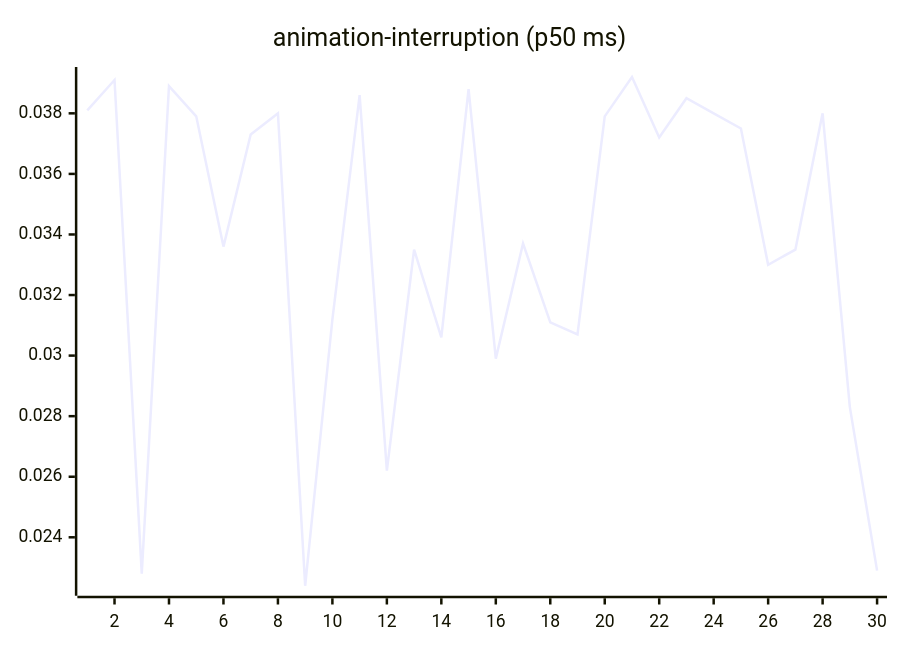
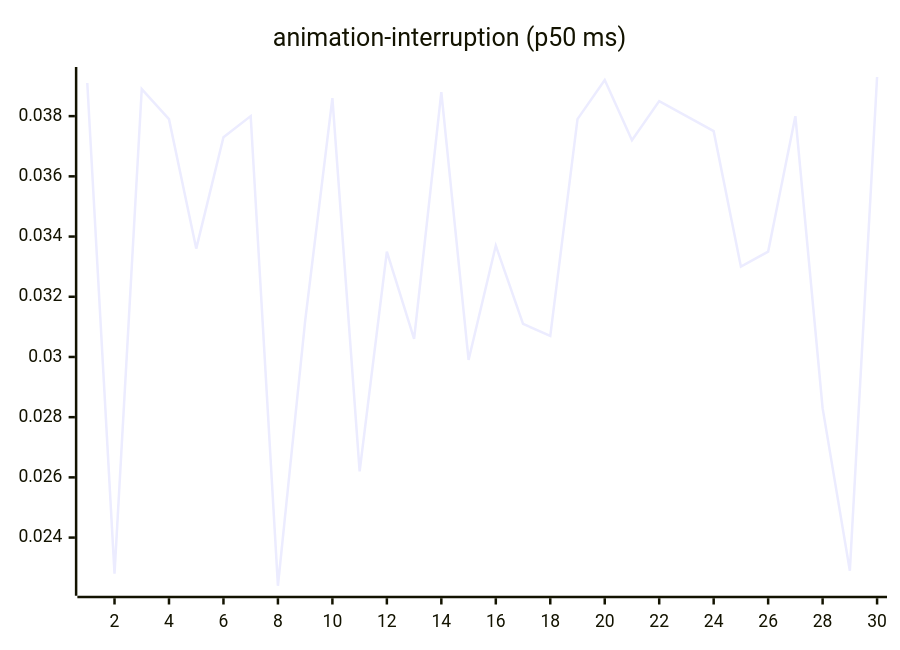
Before and after one commit to josha/Facet: the third of 27 diagrams in README.md, drawn with Mermaid. The commit also changed other lines of this file and 2 other files, not shown here.

````diff
--- a/README.md
+++ b/README.md
@@ -77,6 +77,6 @@
 ```mermaid
 xychart-beta
     title "animation-interruption (p50 ms)"
     x-axis 1 --> 30
-    line [0.0381, 0.0391, 0.0228, 0.0389, 0.0379, 0.0336, 0.0373, 0.0380, 0.0224, 0.0312, 0.0386, 0.0262, 0.0335, 0.0306, 0.0388, 0.0299, 0.0337, 0.0311, 0.0307, 0.0379, 0.0392, 0.0372, 0.0385, 0.0380, 0.0375, 0.0330, 0.0335, 0.0380, 0.0283, 0.0229]
+    line [0.0391, 0.0228, 0.0389, 0.0379, 0.0336, 0.0373, 0.0380, 0.0224, 0.0312, 0.0386, 0.0262, 0.0335, 0.0306, 0.0388, 0.0299, 0.0337, 0.0311, 0.0307, 0.0379, 0.0392, 0.0372, 0.0385, 0.0380, 0.0375, 0.0330, 0.0335, 0.0380, 0.0283, 0.0229, 0.0393]
 ```
````
